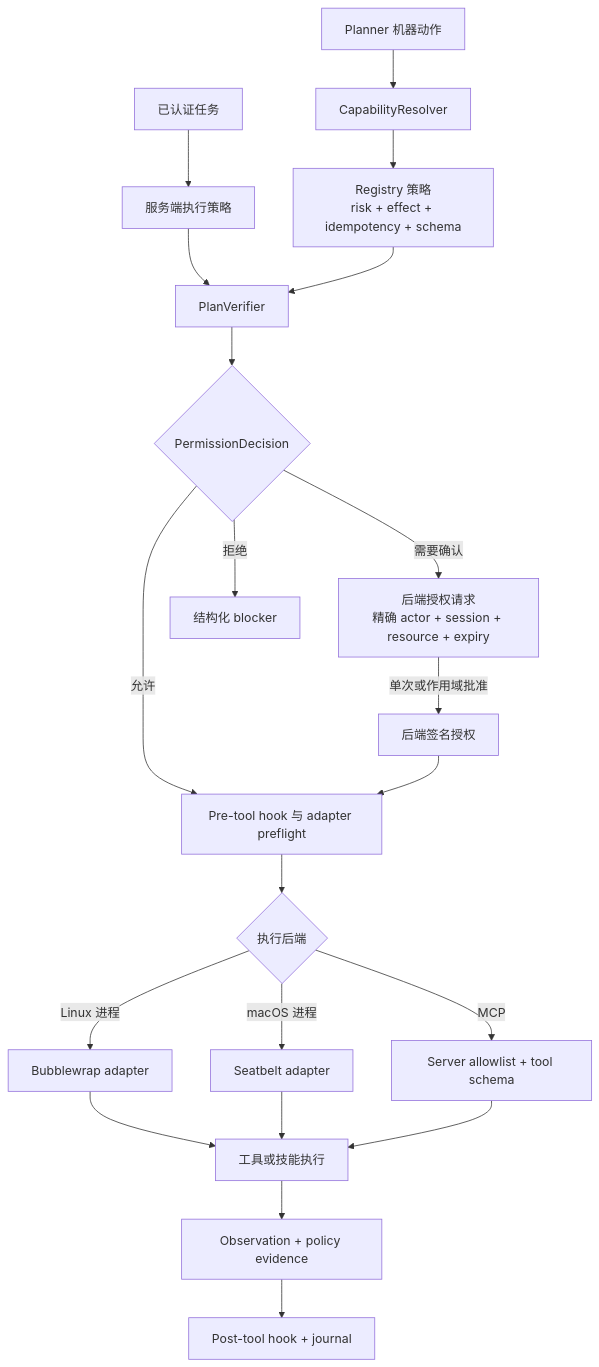
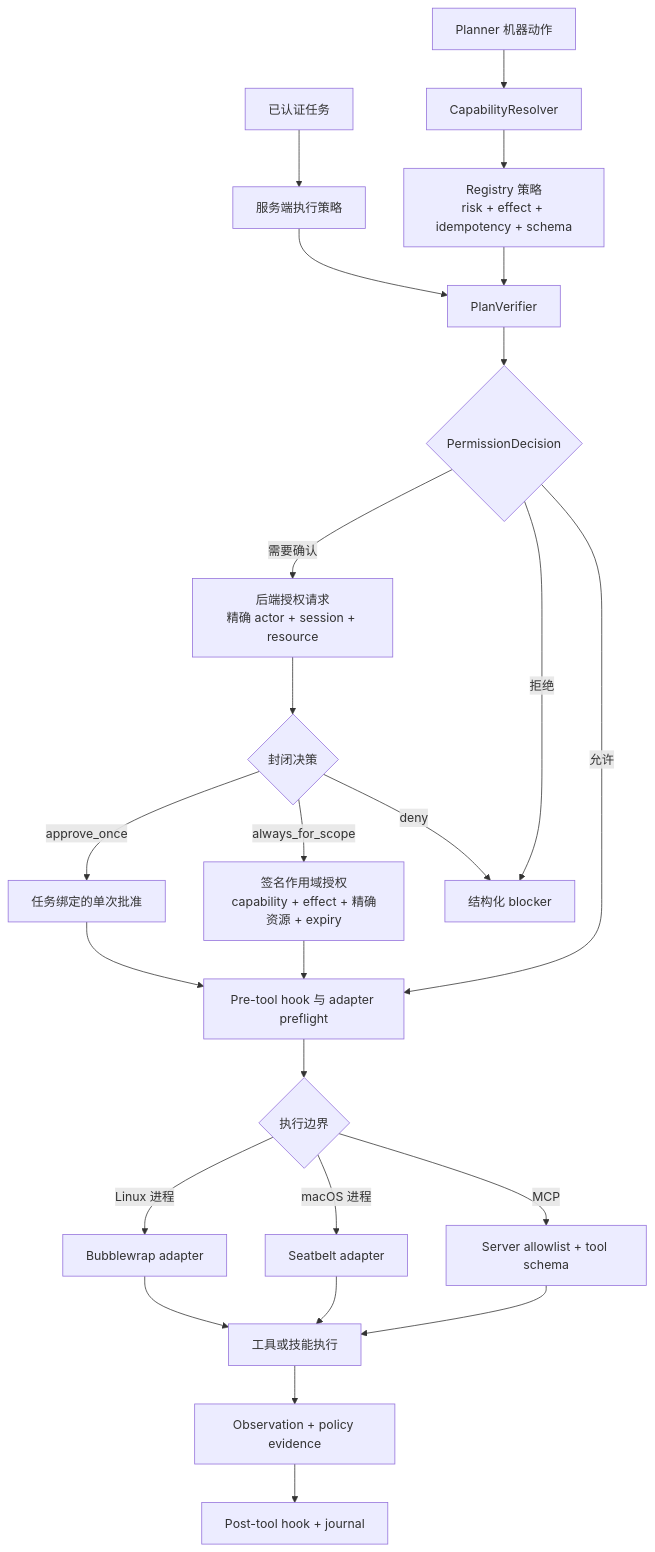
One commit to MatrixCoreX/RustClaw changed the first of 2 diagrams in docs/architecture/02-security-execution.zh-CN.md. Above: the diagram before and after it, drawn with Mermaid. The commit also changed other lines of this file and 17 other files, not shown here.

Commit message:
docs: synchronize architecture learning guide

````diff
--- a/docs/architecture/02-security-execution.zh-CN.md
+++ b/docs/architecture/02-security-execution.zh-CN.md
@@ -10,23 +12,27 @@
 ```mermaid
 flowchart TD
     A[已认证任务] --> B[服务端执行策略]
     C[Planner 机器动作] --> D[CapabilityResolver]
     D --> E[Registry 策略<br/>risk + effect + idempotency + schema]
     B --> F[PlanVerifier]
     E --> F
     F --> G{PermissionDecision}
-    G -->|需要确认| H[后端授权请求<br/>精确 actor + session + resource + expiry]
-    H -->|单次或作用域批准| I[后端签名授权]
+    G -->|需要确认| H[后端授权请求<br/>精确 actor + session + resource]
+    H --> I{封闭决策}
+    I -->|approve_once| IA[任务绑定的单次批准]
+    I -->|always_for_scope| IB[签名作用域授权<br/>capability + effect + 精确资源 + expiry]
+    I -->|deny| J
     G -->|拒绝| J[结构化 blocker]
     G -->|允许| K[Pre-tool hook 与 adapter preflight]
-    I --> K
-    K --> L{执行后端}
+    IA --> K
+    IB --> K
+    K --> L{执行边界}
     L -->|Linux 进程| M[Bubblewrap adapter]
     L -->|macOS 进程| N[Seatbelt adapter]
     L -->|MCP| O[Server allowlist + tool schema]
     M --> P[工具或技能执行]
     N --> P
     O --> P
     P --> Q[Observation + policy evidence]
     Q --> R[Post-tool hook + journal]
 ```
````
